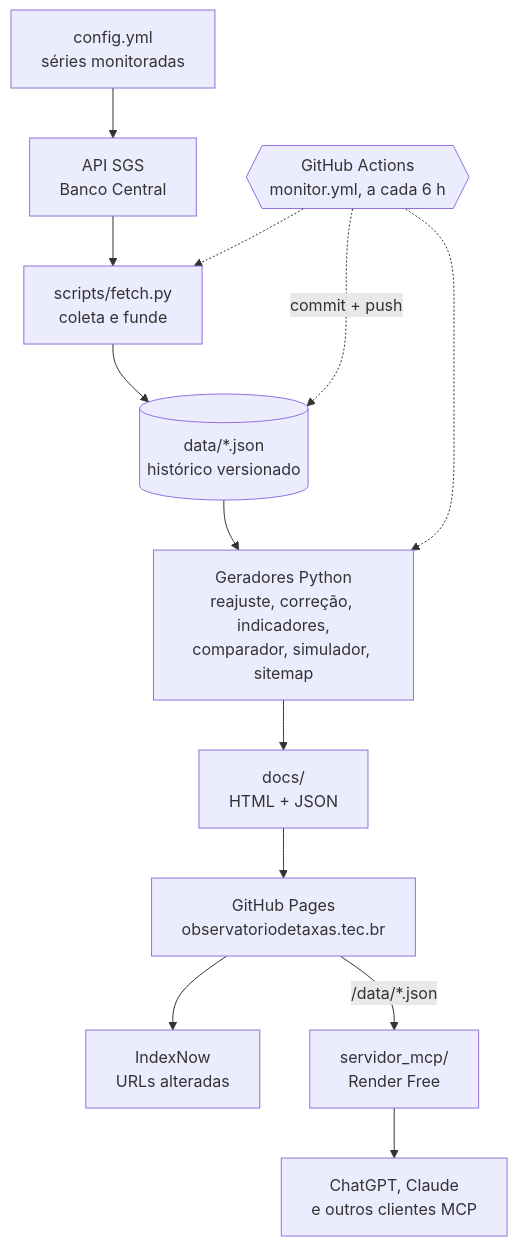
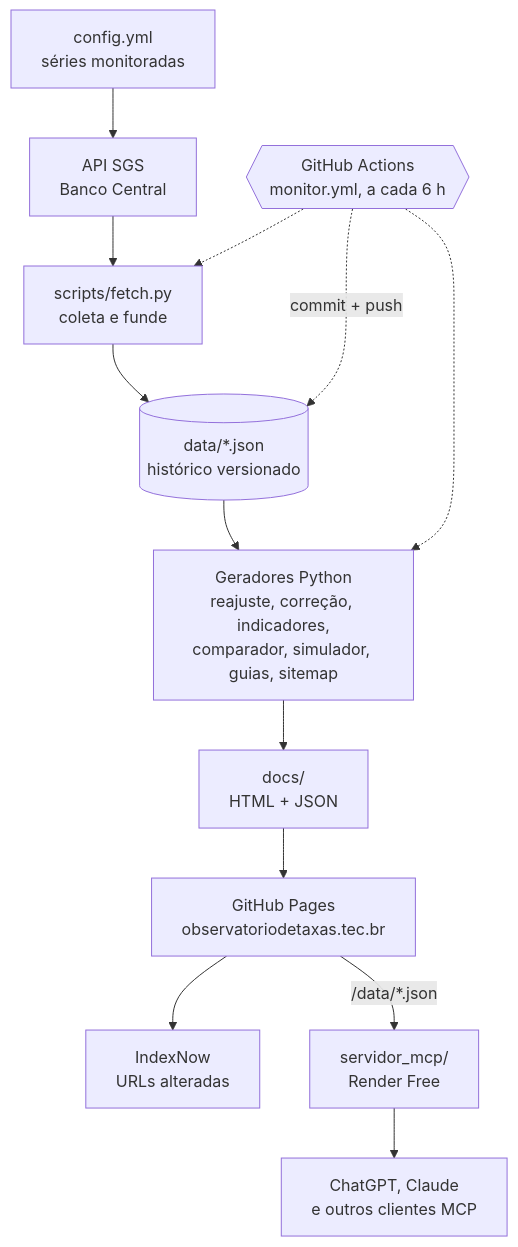
The diagram in README.md (iosbilario/observatorio-taxas), drawn with Mermaid before and after one commit. The commit also changed other lines of this file and 12 other files, not shown here.

````diff
--- a/README.md
+++ b/README.md
@@ -119,15 +167,15 @@
 ```mermaid
 flowchart TD
   A["config.yml<br/>séries monitoradas"] --> B["API SGS<br/>Banco Central"]
   B --> C["scripts/fetch.py<br/>coleta e funde"]
   C --> D[("data/*.json<br/>histórico versionado")]
-  D --> E["Geradores Python<br/>reajuste, correção, indicadores,<br/>comparador, simulador, sitemap"]
+  D --> E["Geradores Python<br/>reajuste, correção, indicadores,<br/>comparador, simulador, guias, sitemap"]
   E --> F["docs/<br/>HTML + JSON"]
   F --> G["GitHub Pages<br/>observatoriodetaxas.tec.br"]
   G --> H["IndexNow<br/>URLs alteradas"]
   G -- "/data/*.json" --> I["servidor_mcp/<br/>Render Free"]
   I --> J["ChatGPT, Claude<br/>e outros clientes MCP"]
   M{{"GitHub Actions<br/>monitor.yml, a cada 6 h"}} -.-> C
   M -.-> E
   M -. "commit + push" .-> D
 ```
````
